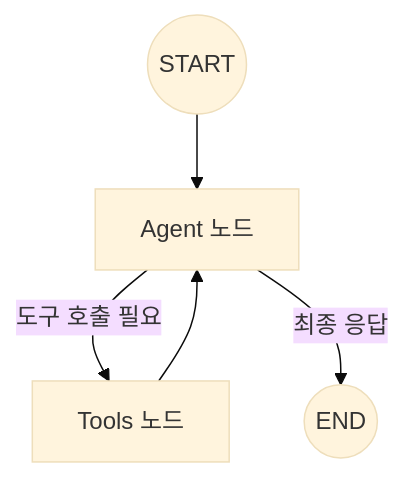
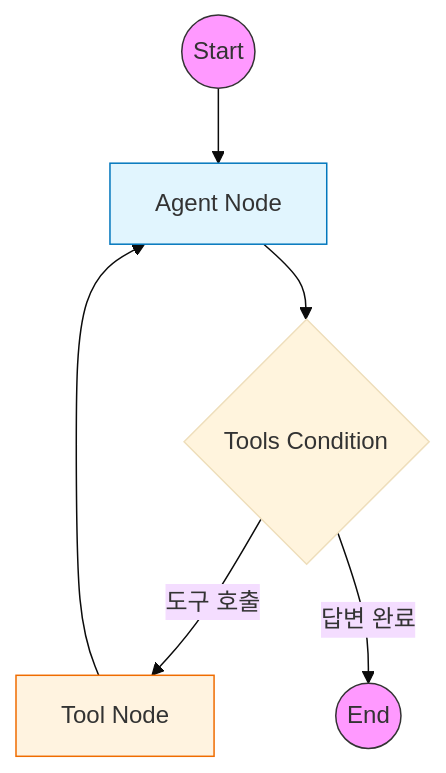
One commit to Ranponim/rag_agent changed the diagram in docs/01_basic_agent.md. Above: the diagram before and after it, drawn with Mermaid (base theme). The commit also changed other lines of this file and 18 other files, not shown here.

````diff
--- a/docs/01_basic_agent.md
+++ b/docs/01_basic_agent.md
@@ -28,7 +19,13 @@
 ```mermaid
 graph TD
-    START((START)) --> agent[Agent 노드]
-    agent -->|도구 호출 필요| tools[Tools 노드]
-    agent -->|최종 응답| END((END))
-    tools --> agent
+    START((Start)) --> Agent
+    Agent[Agent Node] --> Condition{Tools Condition}
+    Condition -->|도구 호출| Tools[Tool Node]
+    Condition -->|답변 완료| END((End))
+    Tools --> Agent
+
+    style START fill:#f9f,stroke:#333
+    style END fill:#f9f,stroke:#333
+    style Agent fill:#e1f5fe,stroke:#0277bd
+    style Tools fill:#fff3e0,stroke:#ef6c00
 ```
````
